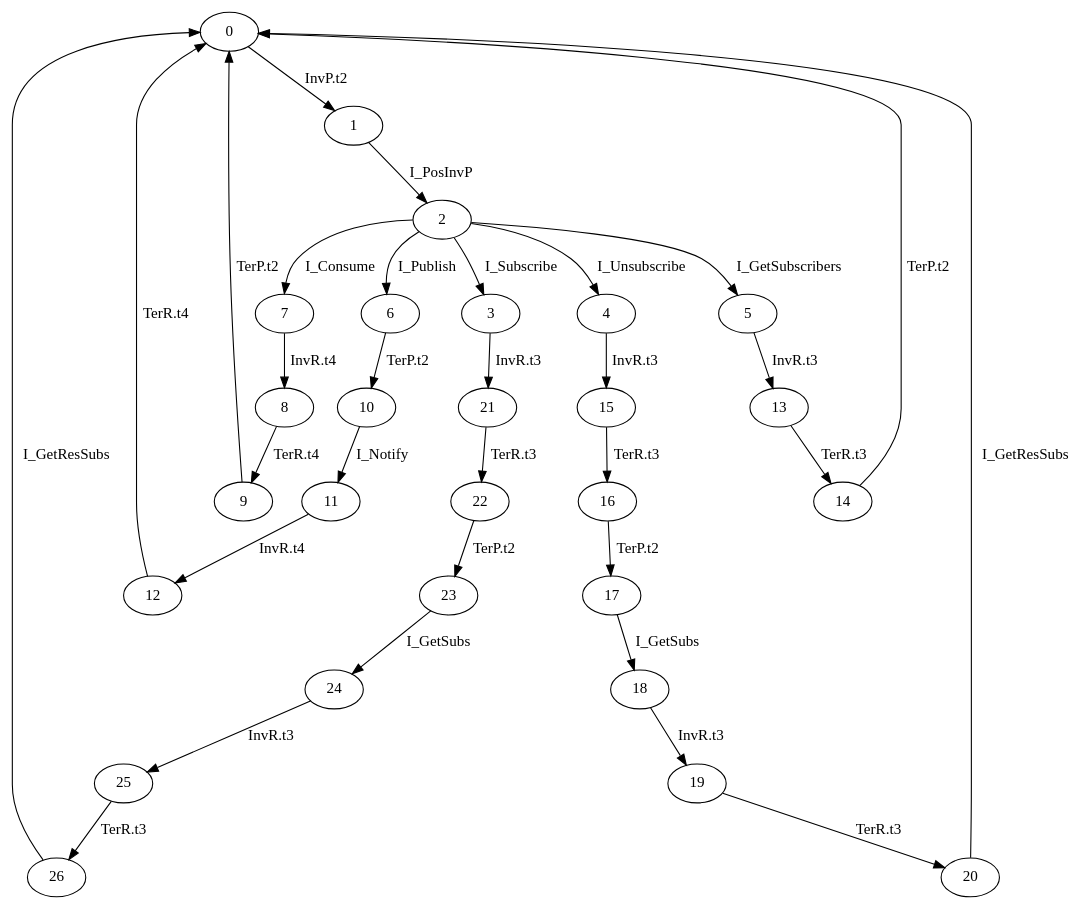
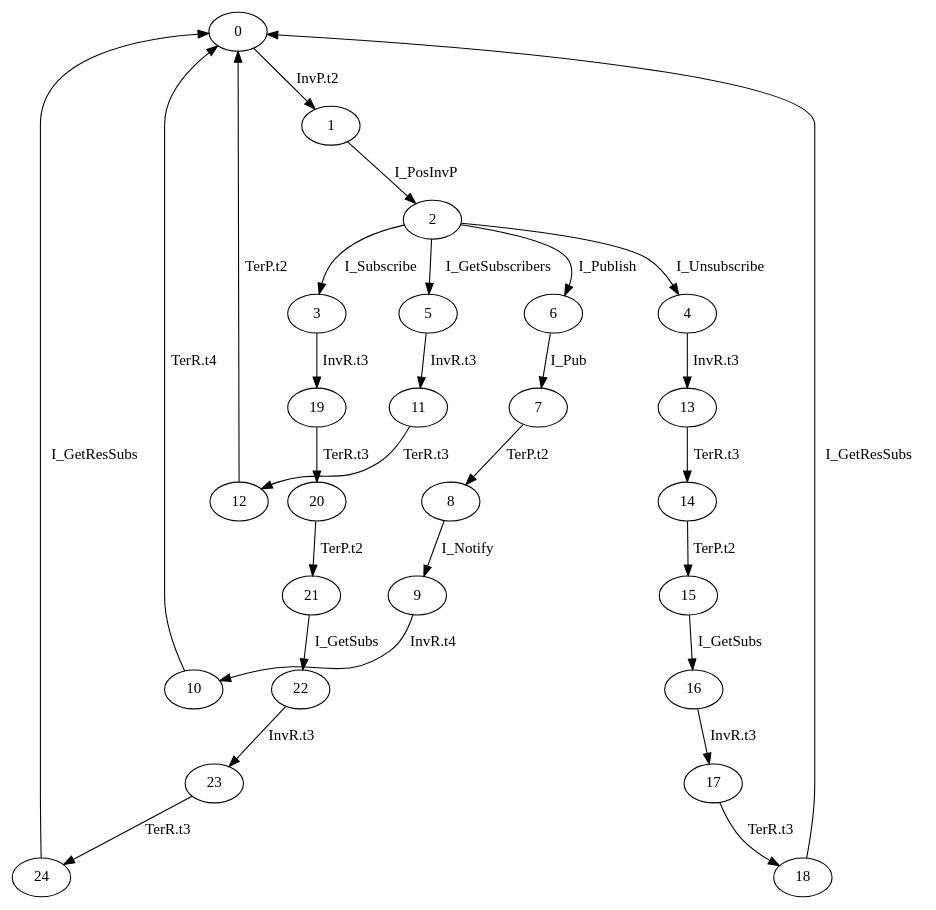
Before and after one commit to nsrosa70/midarch-go-v13: the diagram in src/cspspecs/QueueServer/ENGINE.dot, drawn with Graphviz. The commit also changed 31 other files, not shown here.

```diff
--- a/src/cspspecs/QueueServer/ENGINE.dot
+++ b/src/cspspecs/QueueServer/ENGINE.dot
@@ -1,33 +1,30 @@
 digraph G {
   0 -> 1 [ label="InvP.t2" ];
   1 -> 2 [ label="I_PosInvP" ];
-  2 -> 7 [ label="I_Consume" ];
   2 -> 6 [ label="I_Publish" ];
   2 -> 5 [ label="I_GetSubscribers" ];
   2 -> 3 [ label="I_Subscribe" ];
   2 -> 4 [ label="I_Unsubscribe" ];
-  3 -> 21 [ label="InvR.t3" ];
-  4 -> 15 [ label="InvR.t3" ];
-  5 -> 13 [ label="InvR.t3" ];
-  6 -> 10 [ label="TerP.t2" ];
-  7 -> 8 [ label="InvR.t4" ];
-  8 -> 9 [ label="TerR.t4" ];
-  9 -> 0 [ label="TerP.t2" ];
-  10 -> 11 [ label="I_Notify" ];
-  11 -> 12 [ label="InvR.t4" ];
-  12 -> 0 [ label="TerR.t4" ];
+  3 -> 19 [ label="InvR.t3" ];
+  4 -> 13 [ label="InvR.t3" ];
+  5 -> 11 [ label="InvR.t3" ];
+  6 -> 7 [ label="I_Pub" ];
+  7 -> 8 [ label="TerP.t2" ];
+  8 -> 9 [ label="I_Notify" ];
+  9 -> 10 [ label="InvR.t4" ];
+  10 -> 0 [ label="TerR.t4" ];
+  11 -> 12 [ label="TerR.t3" ];
+  12 -> 0 [ label="TerP.t2" ];
   13 -> 14 [ label="TerR.t3" ];
-  14 -> 0 [ label="TerP.t2" ];
-  15 -> 16 [ label="TerR.t3" ];
-  16 -> 17 [ label="TerP.t2" ];
-  17 -> 18 [ label="I_GetSubs" ];
-  18 -> 19 [ label="InvR.t3" ];
+  14 -> 15 [ label="TerP.t2" ];
+  15 -> 16 [ label="I_GetSubs" ];
+  16 -> 17 [ label="InvR.t3" ];
+  17 -> 18 [ label="TerR.t3" ];
+  18 -> 0 [ label="I_GetResSubs" ];
   19 -> 20 [ label="TerR.t3" ];
-  20 -> 0 [ label="I_GetResSubs" ];
-  21 -> 22 [ label="TerR.t3" ];
-  22 -> 23 [ label="TerP.t2" ];
-  23 -> 24 [ label="I_GetSubs" ];
-  24 -> 25 [ label="InvR.t3" ];
-  25 -> 26 [ label="TerR.t3" ];
-  26 -> 0 [ label="I_GetResSubs" ];
+  20 -> 21 [ label="TerP.t2" ];
+  21 -> 22 [ label="I_GetSubs" ];
+  22 -> 23 [ label="InvR.t3" ];
+  23 -> 24 [ label="TerR.t3" ];
+  24 -> 0 [ label="I_GetResSubs" ];
 }
```
